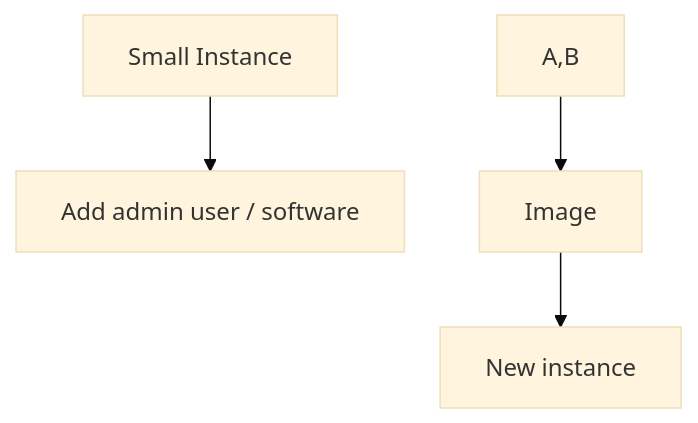
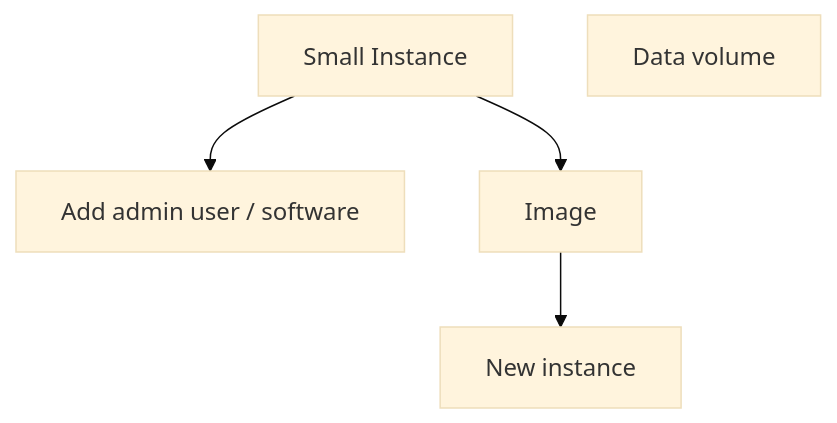
Before and after one commit to AntibodyEngineers/2024-Antibodies-and-AI: the diagram in getting-started.md, drawn with Mermaid (base theme).

````diff
--- a/getting-started.md
+++ b/getting-started.md
@@ -7,7 +7,7 @@
 ```mermaid
     flowchart TD
     
     A[Small Instance] --> B[Add admin user / software]
-    A,B-->C[Image] --> D[New instance]
-
+    A-->C[Image] --> D[New instance]
+    E[Data volume]
 ```
````
